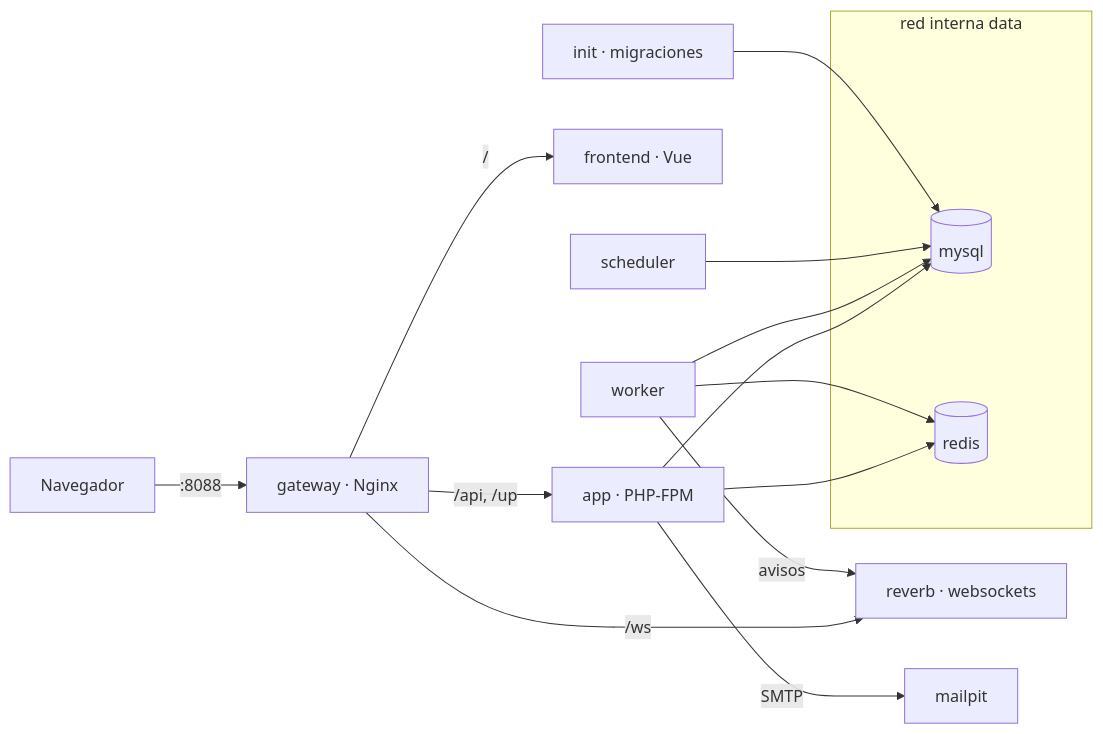
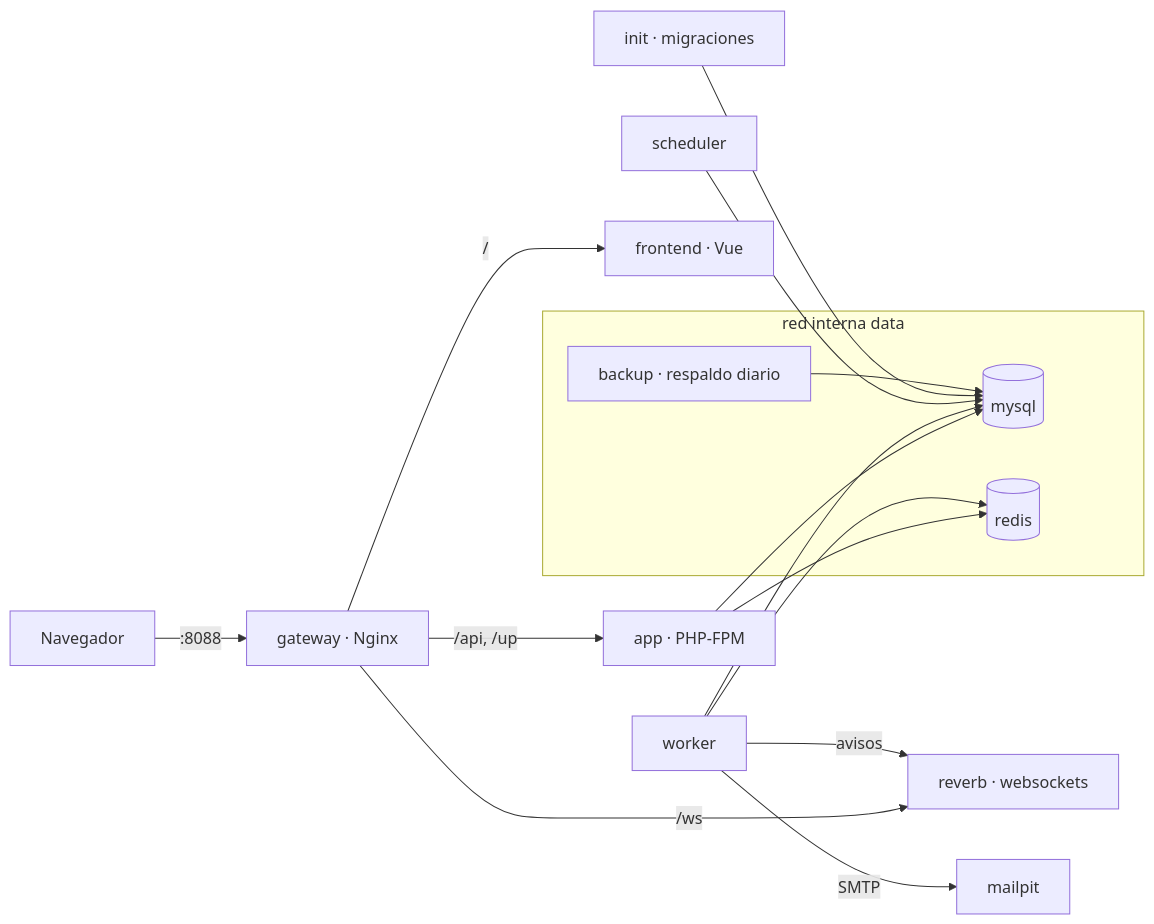
Before and after one commit to Daniuh/trazo: the diagram in docs/operacion/docker.md, drawn with Mermaid. The commit also changed other lines of this file and 74 other files, not shown here.

````diff
--- a/docs/operacion/docker.md
+++ b/docs/operacion/docker.md
@@ -22,20 +22,22 @@
 ```mermaid
 flowchart LR
   U[Navegador] -->|:8088| G[gateway · Nginx]
   G -->|/api, /up| A[app · PHP-FPM]
   G -->|/| F[frontend · Vue]
   A --> M[(mysql)]
   A --> R[(redis)]
   W[worker] --> R
   W --> M
   S[scheduler] --> M
   G -->|/ws| V[reverb · websockets]
   W -->|avisos| V
   I[init · migraciones] --> M
-  A -->|SMTP| P[mailpit]
+  B[backup · respaldo diario] --> M
+  W -->|SMTP| P[mailpit]
 
   subgraph data [red interna data]
     M
     R
+    B
   end
 ```
````
